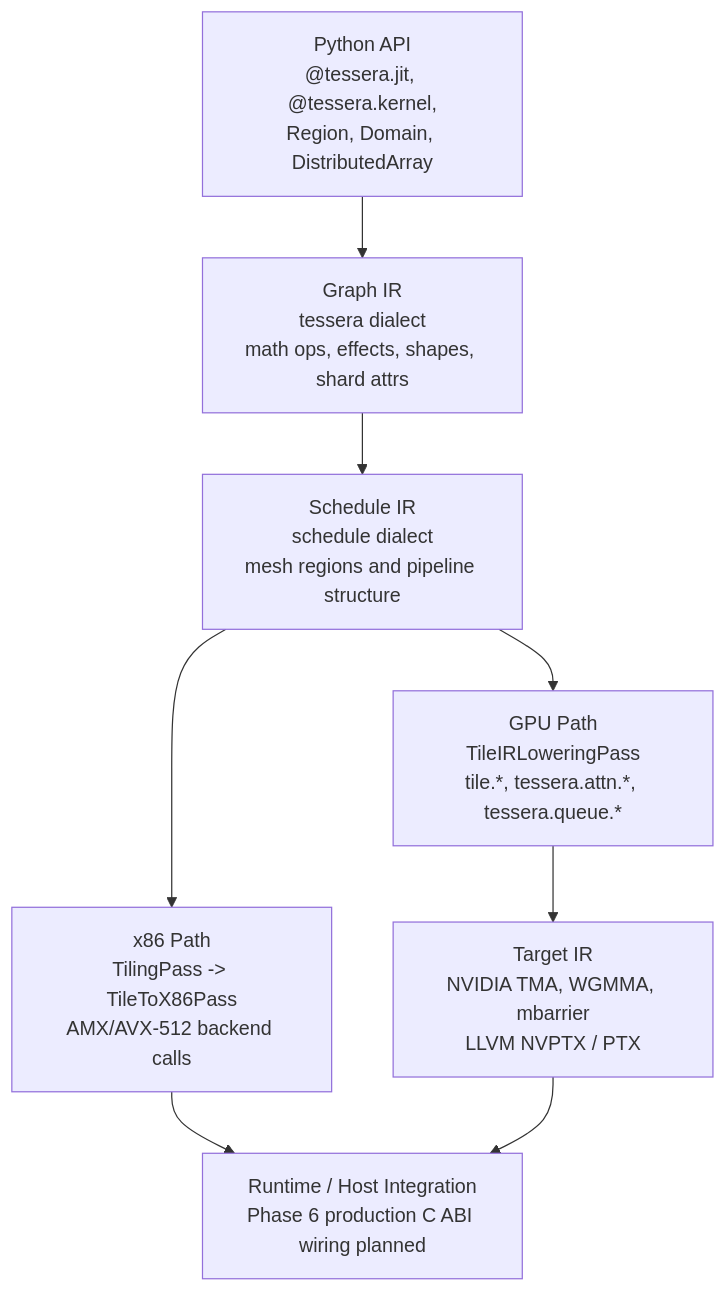
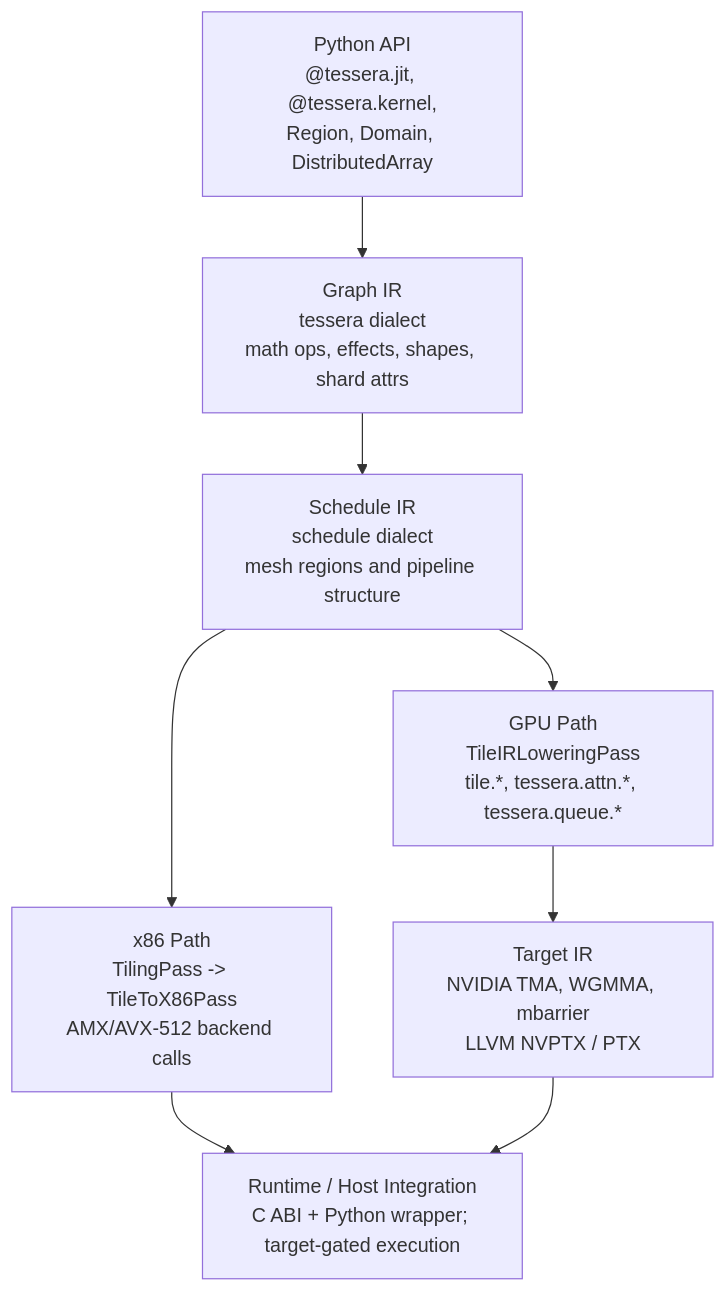
One commit to gstoner/tessera changed the diagram in docs/architecture/README.md. Above: the diagram before and after it, drawn with Mermaid. The commit also changed other lines of this file and 19 other files, not shown here.

````diff
--- a/docs/architecture/README.md
+++ b/docs/architecture/README.md
@@ -16,10 +22,10 @@
 ```mermaid
 flowchart TD
   A["Python API<br/>@tessera.jit, @tessera.kernel,<br/>Region, Domain, DistributedArray"] --> B["Graph IR<br/>tessera dialect<br/>math ops, effects, shapes, shard attrs"]
   B --> C["Schedule IR<br/>schedule dialect<br/>mesh regions and pipeline structure"]
   C --> D1["x86 Path<br/>TilingPass -> TileToX86Pass<br/>AMX/AVX-512 backend calls"]
   C --> D2["GPU Path<br/>TileIRLoweringPass<br/>tile.*, tessera.attn.*, tessera.queue.*"]
   D2 --> E["Target IR<br/>NVIDIA TMA, WGMMA, mbarrier<br/>LLVM NVPTX / PTX"]
-  D1 --> F["Runtime / Host Integration<br/>Phase 6 production C ABI wiring planned"]
+  D1 --> F["Runtime / Host Integration<br/>C ABI + Python wrapper; target-gated execution"]
   E --> F
 ```
````
